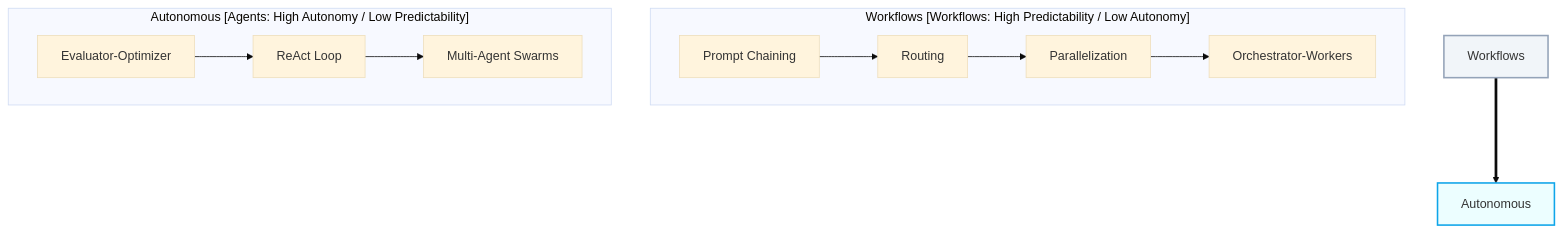
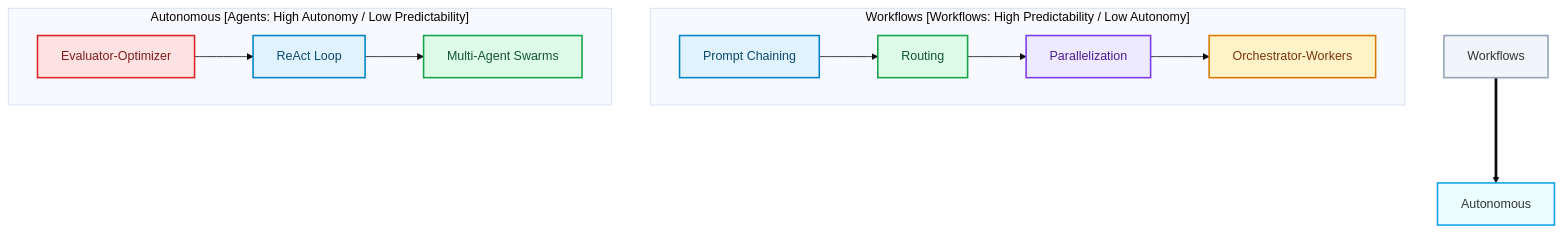
One commit to akmalkhaniub/akmalkhaniub.github.io changed the first of 8 diagrams in blog/posts/agentic-ai-architectures.md. Above: the diagram before and after it, drawn with Mermaid (base theme). The commit also changed other lines of this file and 1291 other files, not shown here.

First line of the commit message:
feat(catalog): unique covers, scholarly references, and diagram palettes

````diff
--- a/blog/posts/agentic-ai-architectures.md
+++ b/blog/posts/agentic-ai-architectures.md
@@ -23,15 +23,26 @@
 ```mermaid
 flowchart TD
     subgraph SG1_WorkflowsWorkflowsHigh ["Workflows [Workflows: High Predictability / Low Autonomy]"]
-        Chaining[Prompt Chaining] --> Routing[Routing]
-        Routing --> Parallel[Parallelization]
-        Parallel --> Orch[Orchestrator-Workers]
+        Chaining["Prompt Chaining"] --> Routing["Routing"]
+        Routing --> Parallel["Parallelization"]
+        Parallel --> Orch["Orchestrator-Workers"]
     end
     subgraph SG2_AutonomousAgentsHigh ["Autonomous [Agents: High Autonomy / Low Predictability]"]
-        Eval[Evaluator-Optimizer] --> ReAct[ReAct Loop]
-        ReAct --> Swarms[Multi-Agent Swarms]
+        Eval["Evaluator-Optimizer"] --> ReAct["ReAct Loop"]
+        ReAct --> Swarms["Multi-Agent Swarms"]
     end
     Workflows ===> Autonomous
     style Workflows fill:#f1f5f9,stroke:#94a3b8,stroke-width:2px
     style Autonomous fill:#ecfeff,stroke:#0ea5e9,stroke-width:2px
+
+classDef green fill:#dcfce7,stroke:#16a34a,stroke-width:2px,color:#14532d;
+classDef red fill:#fee2e2,stroke:#dc2626,stroke-width:2px,color:#7f1d1d;
+classDef blue fill:#e0f2fe,stroke:#0284c7,stroke-width:2px,color:#0c4a6e;
+classDef yellow fill:#fef3c7,stroke:#d97706,stroke-width:2px,color:#78350f;
+classDef purple fill:#ede9fe,stroke:#7c3aed,stroke-width:2px,color:#4c1d95;
+class Chaining,ReAct blue
+class Routing,Swarms green
+class Parallel purple
+class Orch yellow
+class Eval red
 ```
````
